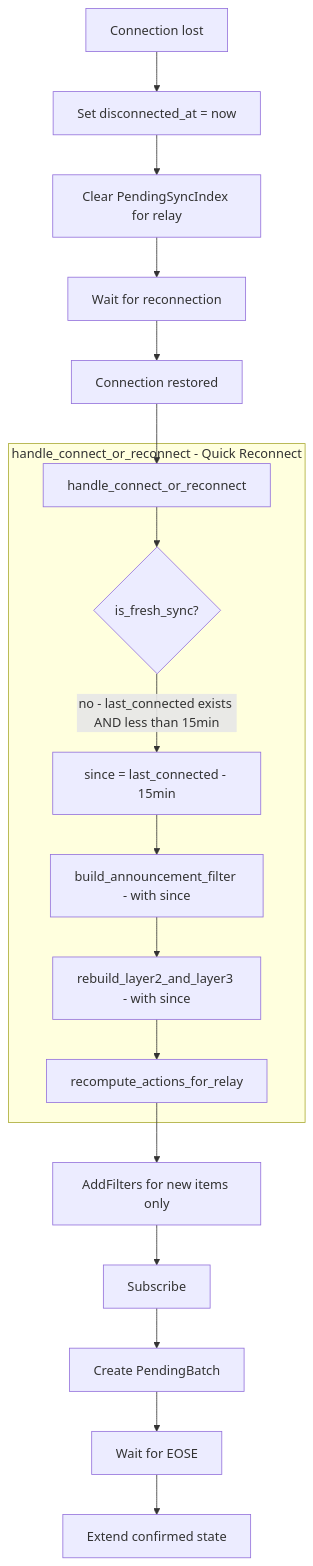
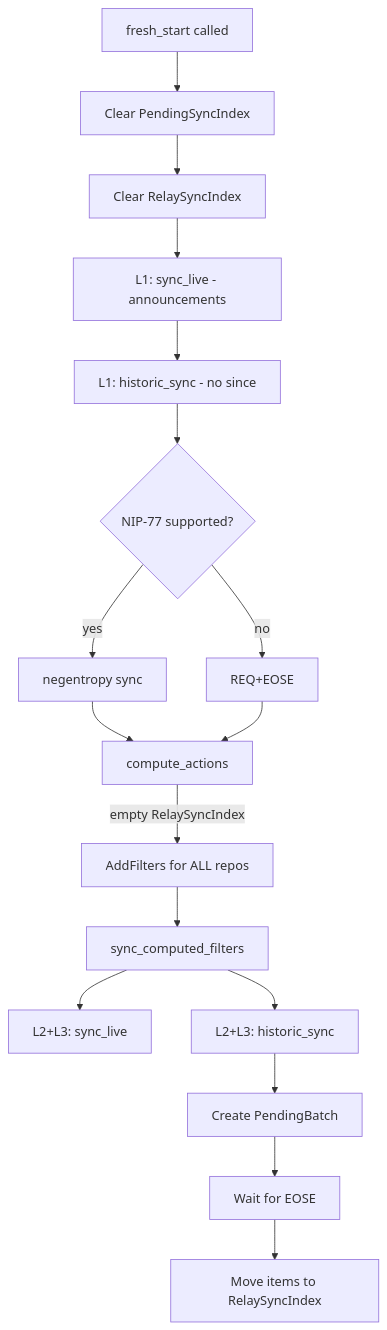
Before and after one commit to Pleb5/ngit-grasp: the third of 9 diagrams in docs/explanation/grasp-02-proactive-sync.md, drawn with Mermaid. The commit also changed other lines of this file and 3 other files, not shown here.

````diff
--- a/docs/explanation/grasp-02-proactive-sync.md
+++ b/docs/explanation/grasp-02-proactive-sync.md
@@ -186,22 +213,19 @@
 ```mermaid
 flowchart TB
-    DISC[Connection lost] --> MARK[Set disconnected_at = now]
-    MARK --> CLEAR_PEND[Clear PendingSyncIndex for relay]
-    CLEAR_PEND --> WAIT[Wait for reconnection]
-    WAIT --> RECONN[Connection restored]
-    RECONN --> HC[handle_connect_or_reconnect]
-
-    subgraph handle_connect_or_reconnect - Quick Reconnect
-        HC --> CHECK{is_fresh_sync?}
-        CHECK --> |no - last_connected exists AND less than 15min| SINCE[since = last_connected - 15min]
-        SINCE --> L1[build_announcement_filter - with since]
-        L1 --> L23[rebuild_layer2_and_layer3 - with since]
-        L23 --> RCA[recompute_actions_for_relay]
-    end
-
-    RCA --> AF[AddFilters for new items only]
-    AF --> SUB[Subscribe]
-    SUB --> PB[Create PendingBatch]
+    START[fresh_start called] --> CLEAR_PSI[Clear PendingSyncIndex]
+    CLEAR_PSI --> CLEAR_RSI[Clear RelaySyncIndex]
+    CLEAR_RSI --> L1_LIVE[L1: sync_live - announcements]
+    L1_LIVE --> L1_HIST[L1: historic_sync - no since]
+    L1_HIST --> NEG{NIP-77 supported?}
+    NEG --> |yes| NEGENTROPY[negentropy sync]
+    NEG --> |no| REQ[REQ+EOSE]
+    NEGENTROPY --> CA[compute_actions]
+    REQ --> CA
+    CA --> |empty RelaySyncIndex| AF[AddFilters for ALL repos]
+    AF --> SFRE[sync_computed_filters]
+    SFRE --> L23_LIVE[L2+L3: sync_live]
+    SFRE --> L23_HIST[L2+L3: historic_sync]
+    L23_HIST --> PB[Create PendingBatch]
     PB --> EOSE[Wait for EOSE]
-    EOSE --> EXTEND[Extend confirmed state]
+    EOSE --> CONFIRM[Move items to RelaySyncIndex]
 ```
````
